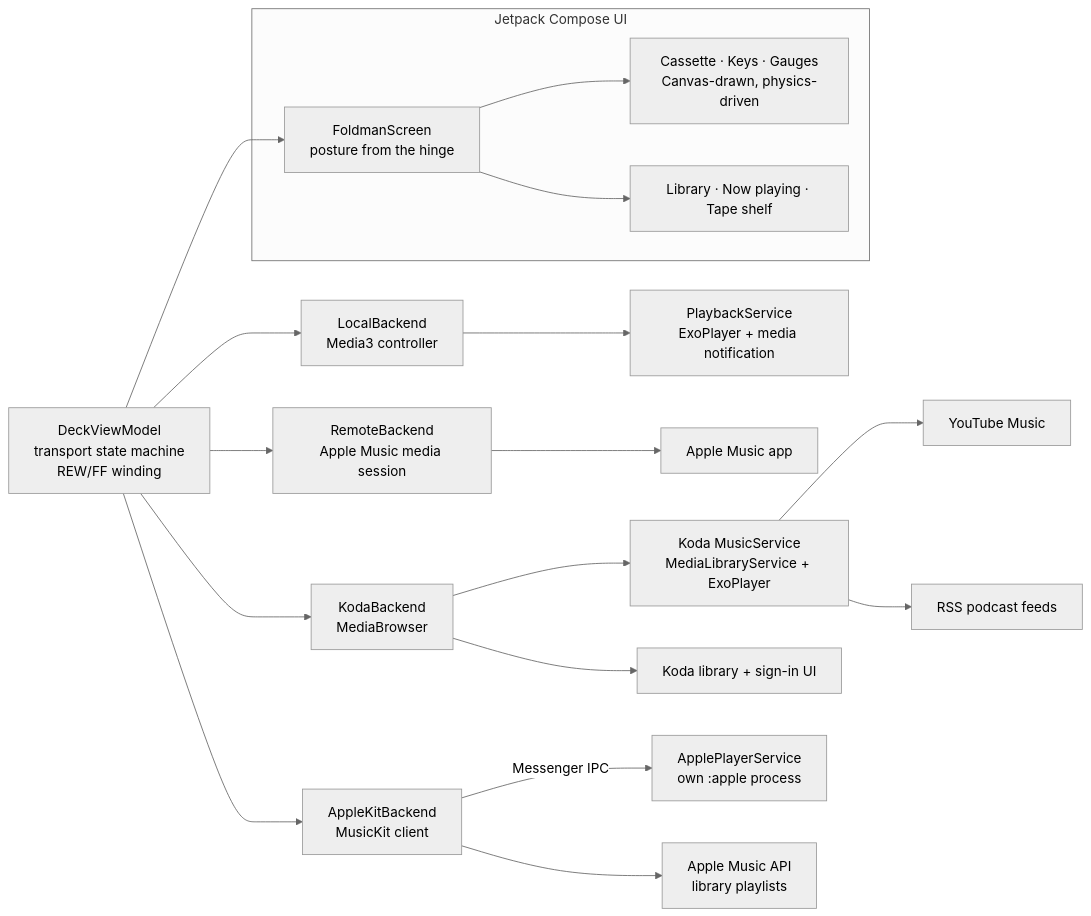
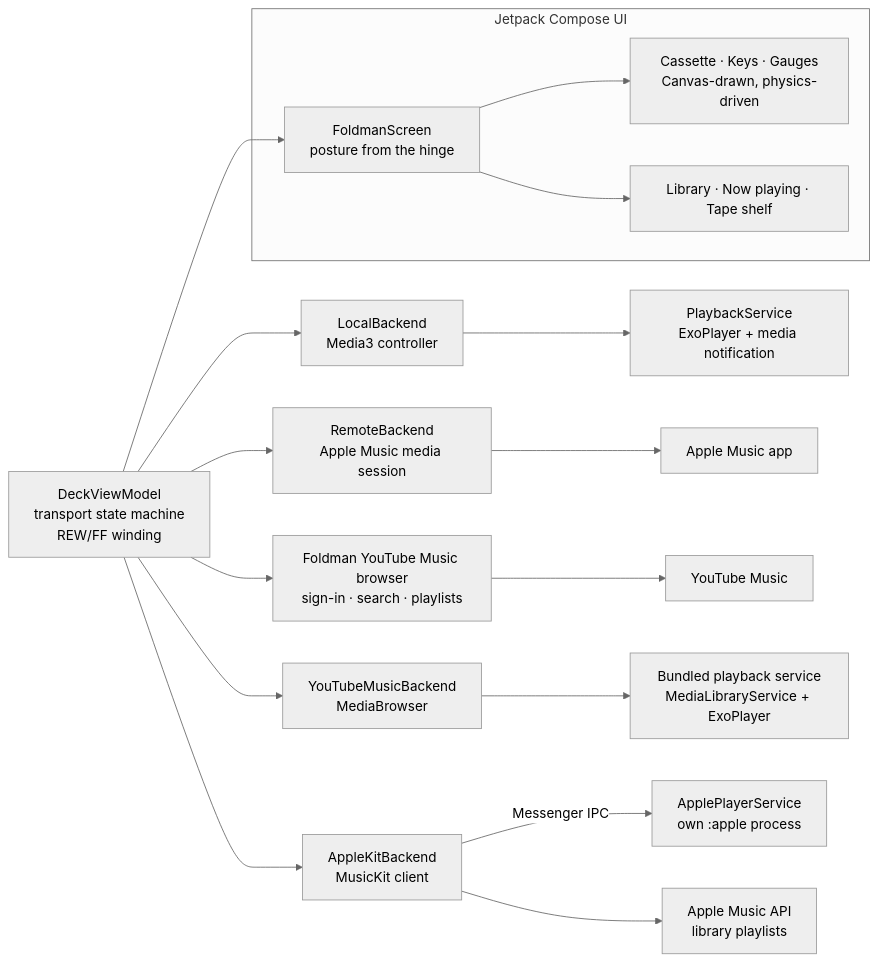
One commit to Garrietta/Foldman changed the diagram in README.md. Above: the diagram before and after it, drawn with Mermaid (neutral theme). The commit also changed other lines of this file and 8 other files, not shown here.

First line of the commit message:
Add direct YouTube Music browsing to Foldman

````diff
--- a/README.md
+++ b/README.md
@@ -127,20 +127,19 @@
 ```mermaid
 flowchart LR
     subgraph UI["Jetpack Compose UI"]
         Screen["FoldmanScreen<br/>posture from the hinge"] --> Deck["Cassette · Keys · Gauges<br/>Canvas-drawn, physics-driven"]
         Screen --> Panels["Library · Now playing · Tape shelf"]
     end
     VM["DeckViewModel<br/>transport state machine<br/>REW/FF winding"] --> Screen
     VM --> Local["LocalBackend<br/>Media3 controller"]
     VM --> Remote["RemoteBackend<br/>Apple Music media session"]
-    VM --> KodaBackend["KodaBackend<br/>MediaBrowser"]
+    VM --> YTBrowser["Foldman YouTube Music browser<br/>sign-in · search · playlists"]
+    VM --> YTBackend["YouTubeMusicBackend<br/>MediaBrowser"]
     VM --> Kit["AppleKitBackend<br/>MusicKit client"]
     Local --> Service["PlaybackService<br/>ExoPlayer + media notification"]
     Kit -- "Messenger IPC" --> ApplePlayer["ApplePlayerService<br/>own :apple process"]
-    KodaBackend --> KodaService["Koda MusicService<br/>MediaLibraryService + ExoPlayer"]
-    KodaBackend --> KodaUi["Koda library + sign-in UI"]
-    KodaService --> YouTube["YouTube Music"]
-    KodaService --> Podcasts["RSS podcast feeds"]
+    YTBrowser --> YouTube["YouTube Music"]
+    YTBackend --> KodaService["Bundled playback service<br/>MediaLibraryService + ExoPlayer"]
     Remote --> Apps["Apple Music app"]
     Kit --> API["Apple Music API<br/>library playlists"]
 ```
````
